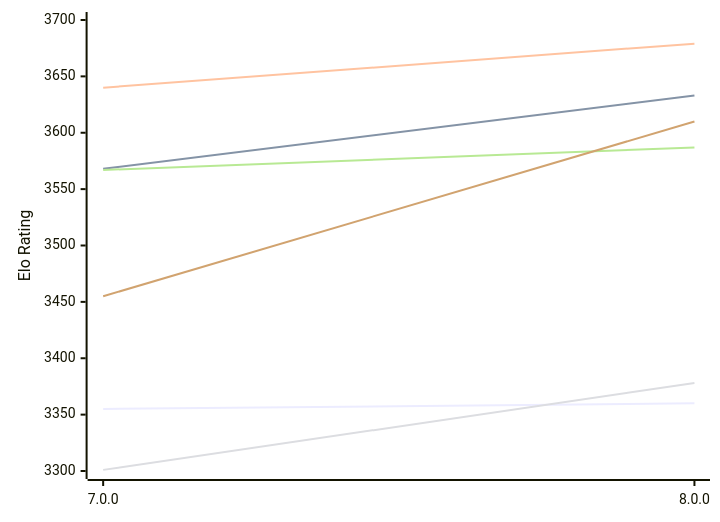
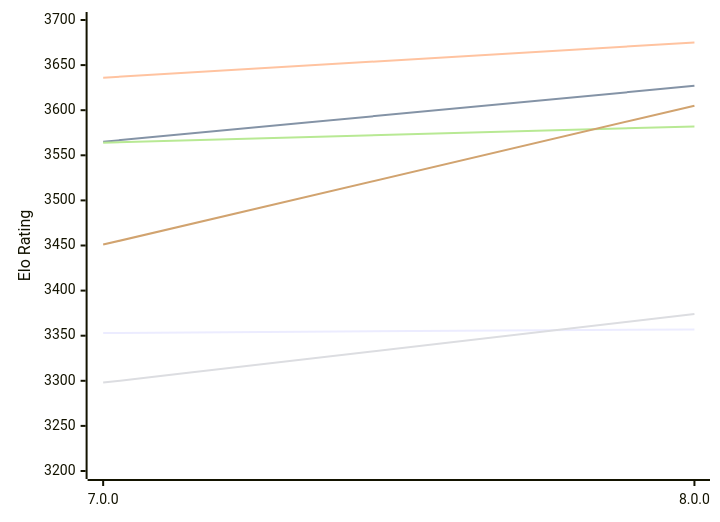
The first of 2 diagrams in engines/Stormphrax.md (computer-chess-index/cci), drawn with Mermaid before and after one commit. The commit also changed other lines of this file, not shown here.

Commit message:
Update CCI Ratings (ELO VLTC) - 2026-11-19

````diff
--- a/engines/Stormphrax.md
+++ b/engines/Stormphrax.md
@@ -52,12 +52,12 @@
 ```mermaid
 %%{init: {"theme":"base","themeVariables":{"seriesColors:['#a3a3a3','#222221','#faa371']}}}%%
 xychart-beta
   x-axis ["7.0.0", "8.0.0"]
-  y-axis "Elo Rating" 3300 --> 3700
-  line "E1: STC (8.0+0.08s)" [3355, 3360]
-  line "E1: LTC (60.0+0.60s)" [3568, 3633]
-  line "E1: VLTC (2m24s+1.12s)" [3640, 3679]
-  line "P1: STC (8.0+0.08s)" [3301, 3378]
-  line "P1: LTC (60.0+0.60s)" [3567, 3587]
-  line "P1: VLTC (2m24s+1.12s)" [3455, 3610]
+  y-axis "Elo Rating" 3200 --> 3700
+  line "E1: STC (8.0+0.08s)" [3353, 3357]
+  line "E1: LTC (60.0+0.60s)" [3565, 3627]
+  line "E1: VLTC (2m24s+1.12s)" [3636, 3675]
+  line "P1: STC (8.0+0.08s)" [3298, 3374]
+  line "P1: LTC (60.0+0.60s)" [3564, 3582]
+  line "P1: VLTC (2m24s+1.12s)" [3451, 3605]
 ```
````
